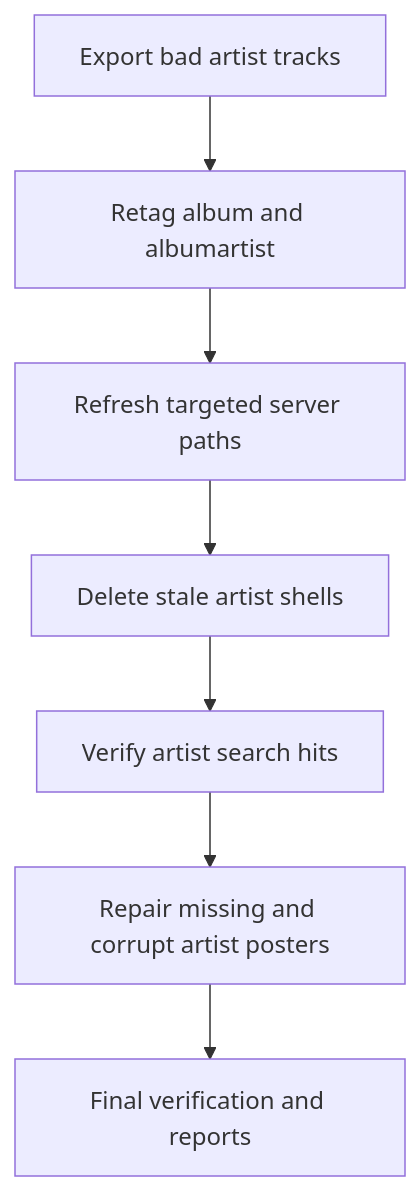
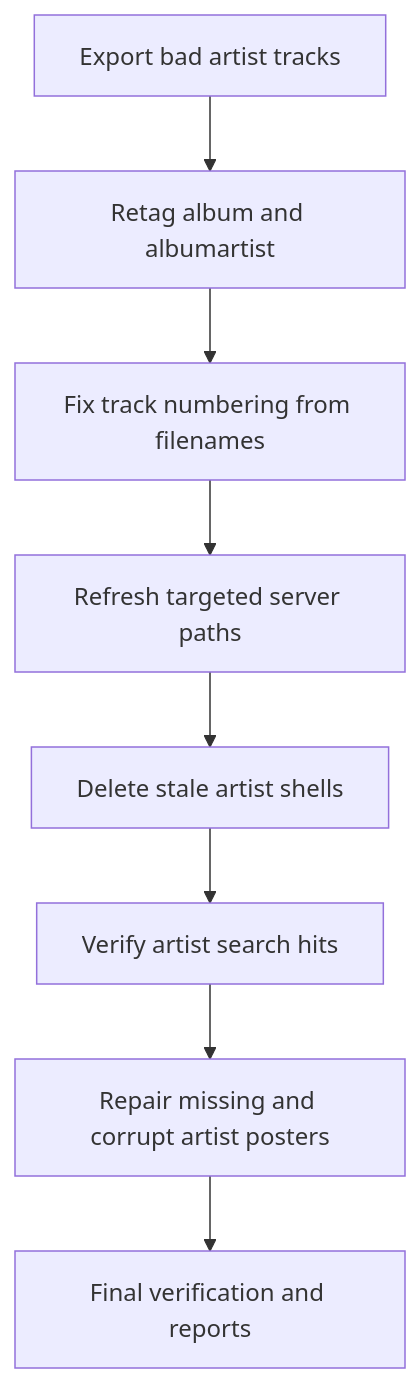
The second of 3 diagrams in docs/architecture.md (sharvinzlife/HarmonyForge), drawn with Mermaid before and after one commit. The commit also changed other lines of this file and 5 other files, not shown here.

````diff
--- a/docs/architecture.md
+++ b/docs/architecture.md
@@ -17,9 +19,10 @@
 ```mermaid
 flowchart TD
   A[Export bad artist tracks] --> B[Retag album and albumartist]
-  B --> C[Refresh targeted server paths]
-  C --> D[Delete stale artist shells]
-  D --> E[Verify artist search hits]
-  E --> F[Repair missing and corrupt artist posters]
-  F --> G[Final verification and reports]
+  B --> C[Fix track numbering from filenames]
+  C --> D[Refresh targeted server paths]
+  D --> E[Delete stale artist shells]
+  E --> F[Verify artist search hits]
+  F --> G[Repair missing and corrupt artist posters]
+  G --> H[Final verification and reports]
 ```
````
